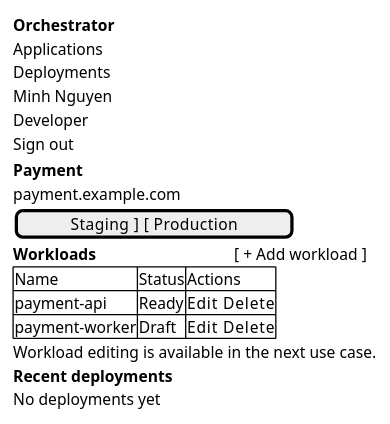
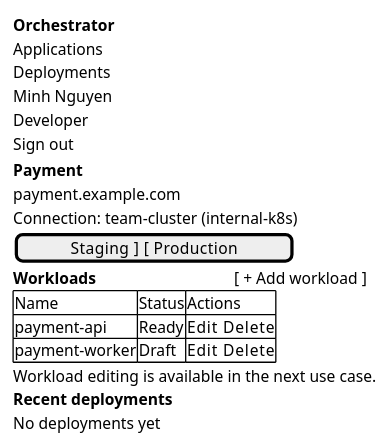
The diagram in orchestrator_docs/usecase/UC-01/ui/wireframe.puml (pr3s3nt/poc), drawn with PlantUML before and after one commit. The commit also changed 76 other files, not shown here.

```diff
--- a/orchestrator_docs/usecase/UC-01/ui/wireframe.puml
+++ b/orchestrator_docs/usecase/UC-01/ui/wireframe.puml
@@ -1,33 +1,34 @@
 @startuml
 salt
 {
   {
     <b>Orchestrator</b>
     Applications
     Deployments
 
 
 
     Minh Nguyen
     Developer
     Sign out
   }
   {
     <b>Payment</b>
     payment.example.com
+    Connection: team-cluster (internal-k8s)
 
     [ Staging ]   [ Production ]
 
     <b>Workloads</b>                                  [ + Add workload ]
     {#
       Name | Status | Actions
       payment-api | Ready | Edit   Delete
       payment-worker | Draft | Edit   Delete
     }
     Workload editing is available in the next use case.
 
     <b>Recent deployments</b>
     No deployments yet
   }
 }
 @enduml
```
